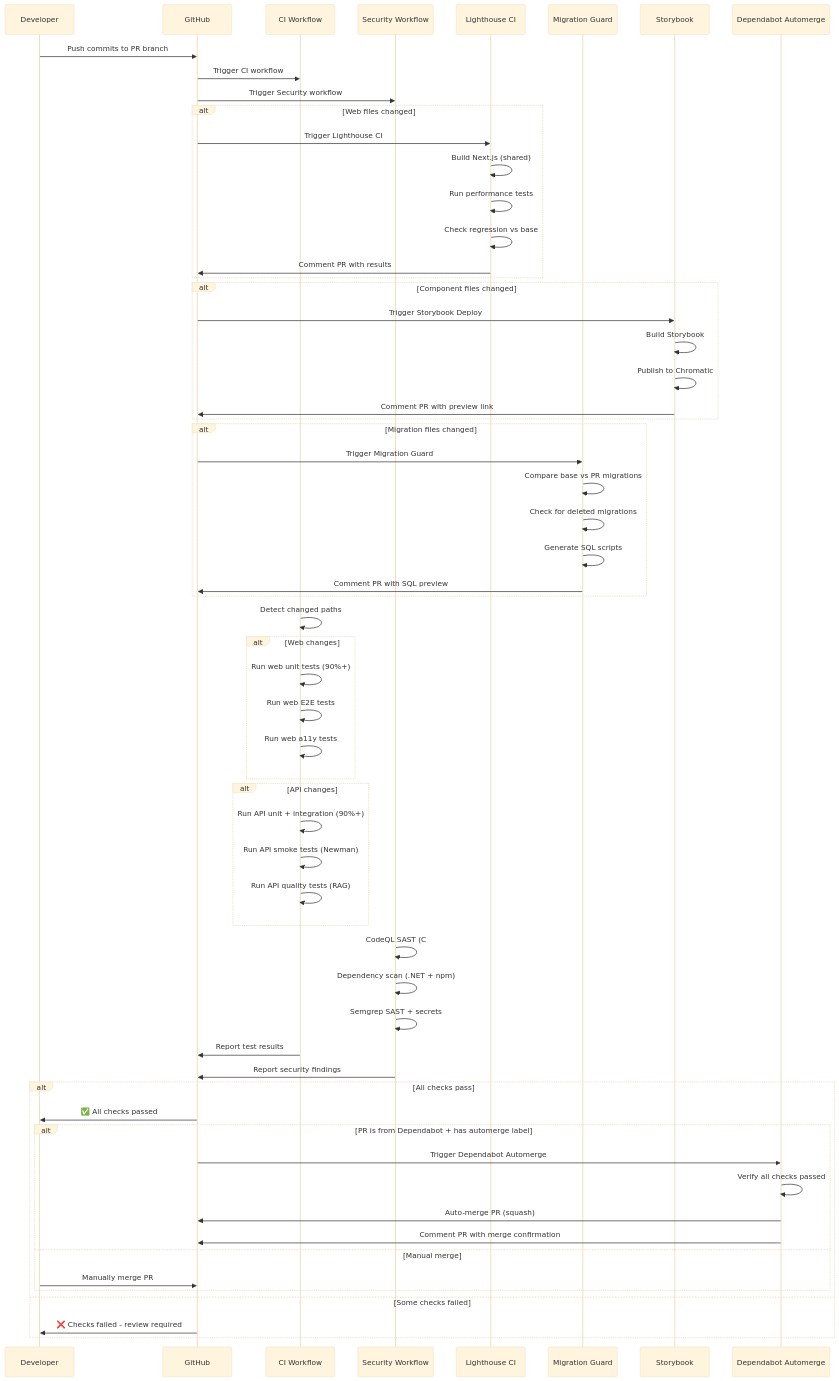
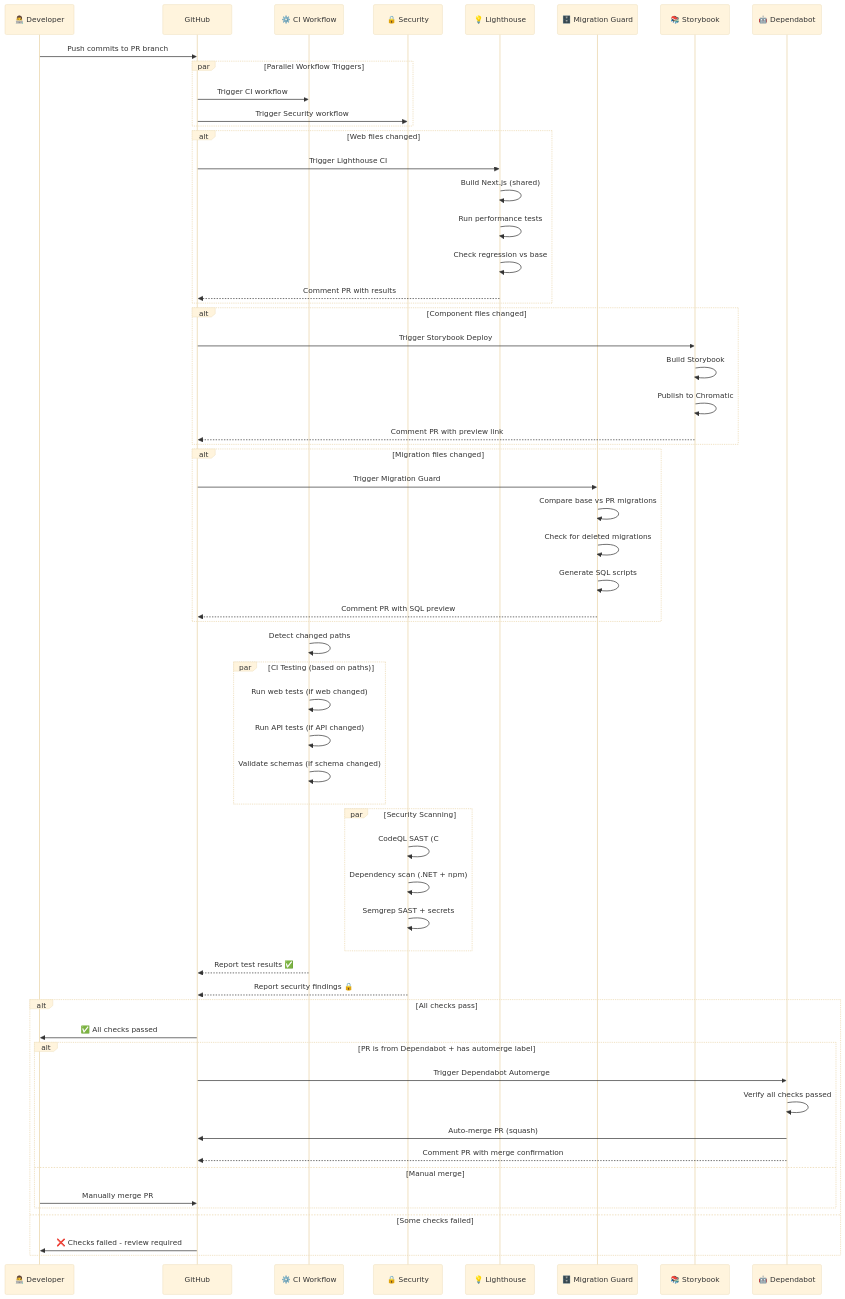
The ninth of 11 diagrams in docs/diagrams/github-actions-flow.md (meepleAi-app/meepleai-monorepo), drawn with Mermaid (base theme) before and after one commit. The commit also changed other lines of this file, not shown here.

First line of the commit message:
docs: Refactor GitHub Actions flow diagram for better readability (#1656)

````diff
--- a/docs/diagrams/github-actions-flow.md
+++ b/docs/diagrams/github-actions-flow.md
@@ -402,74 +566,73 @@
 ```mermaid
 sequenceDiagram
-    participant Dev as Developer
+    participant Dev as 👨‍💻 Developer
     participant GH as GitHub
-    participant CI as CI Workflow
-    participant SEC as Security Workflow
-    participant LH as Lighthouse CI
-    participant MIG as Migration Guard
-    participant SB as Storybook
-    participant DB as Dependabot Automerge
+    participant CI as ⚙️ CI Workflow
+    participant SEC as 🔒 Security
+    participant LH as 💡 Lighthouse
+    participant MIG as 🗄️ Migration Guard
+    participant SB as 📚 Storybook
+    participant DB as 🤖 Dependabot
 
     Dev->>GH: Push commits to PR branch
-    GH->>CI: Trigger CI workflow
-    GH->>SEC: Trigger Security workflow
+
+    par Parallel Workflow Triggers
+        GH->>CI: Trigger CI workflow
+        GH->>SEC: Trigger Security workflow
+    end
 
     alt Web files changed
         GH->>LH: Trigger Lighthouse CI
         LH->>LH: Build Next.js (shared)
         LH->>LH: Run performance tests
         LH->>LH: Check regression vs base
-        LH->>GH: Comment PR with results
+        LH-->>GH: Comment PR with results
     end
 
     alt Component files changed
         GH->>SB: Trigger Storybook Deploy
         SB->>SB: Build Storybook
         SB->>SB: Publish to Chromatic
-        SB->>GH: Comment PR with preview link
+        SB-->>GH: Comment PR with preview link
     end
 
     alt Migration files changed
         GH->>MIG: Trigger Migration Guard
         MIG->>MIG: Compare base vs PR migrations
         MIG->>MIG: Check for deleted migrations
         MIG->>MIG: Generate SQL scripts
-        MIG->>GH: Comment PR with SQL preview
+        MIG-->>GH: Comment PR with SQL preview
     end
 
     CI->>CI: Detect changed paths
 
-    alt Web changes
-        CI->>CI: Run web unit tests (90%+)
-        CI->>CI: Run web E2E tests
-        CI->>CI: Run web a11y tests
+    par CI Testing (based on paths)
+        CI->>CI: Run web tests (if web changed)
+        CI->>CI: Run API tests (if API changed)
+        CI->>CI: Validate schemas (if schema changed)
     end
 
-    alt API changes
-        CI->>CI: Run API unit + integration (90%+)
-        CI->>CI: Run API smoke tests (Newman)
-        CI->>CI: Run API quality tests (RAG)
+    par Security Scanning
+        SEC->>SEC: CodeQL SAST (C# + JS)
+        SEC->>SEC: Dependency scan (.NET + npm)
+        SEC->>SEC: Semgrep SAST + secrets
     end
 
-    SEC->>SEC: CodeQL SAST (C# + JS)
-    SEC->>SEC: Dependency scan (.NET + npm)
-    SEC->>SEC: Semgrep SAST + secrets
-
-    CI->>GH: Report test results
-    SEC->>GH: Report security findings
+    CI-->>GH: Report test results ✅
+    SEC-->>GH: Report security findings 🔒
 
     alt All checks pass
         GH->>Dev: ✅ All checks passed
 
         alt PR is from Dependabot + has automerge label
             GH->>DB: Trigger Dependabot Automerge
             DB->>DB: Verify all checks passed
             DB->>GH: Auto-merge PR (squash)
-            DB->>GH: Comment PR with merge confirmation
+            DB-->>GH: Comment PR with merge confirmation
         else Manual merge
             Dev->>GH: Manually merge PR
         end
     else Some checks failed
         GH->>Dev: ❌ Checks failed - review required
     end
 ```
````
